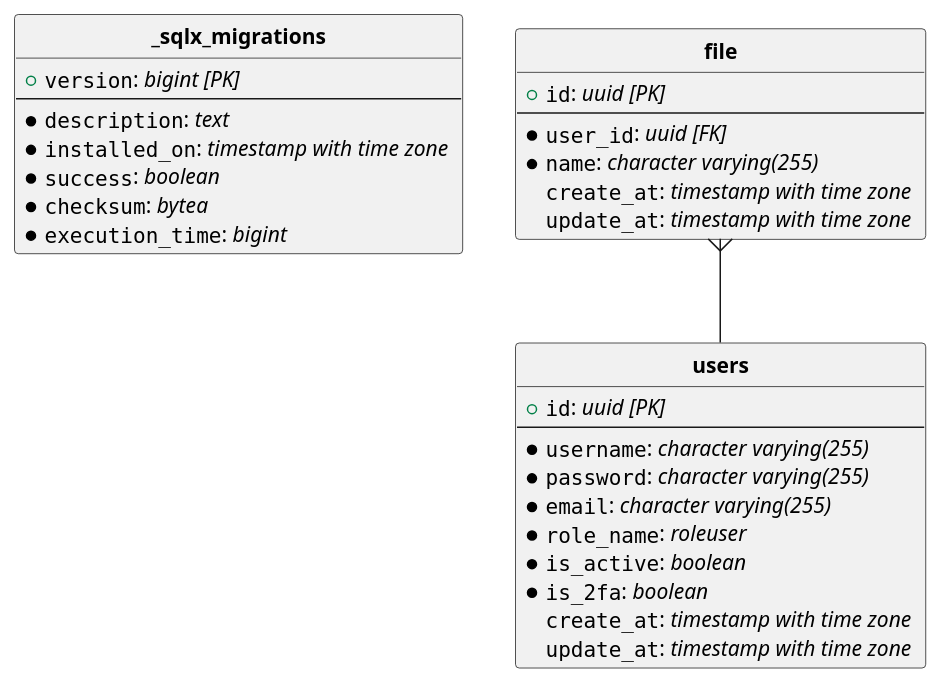
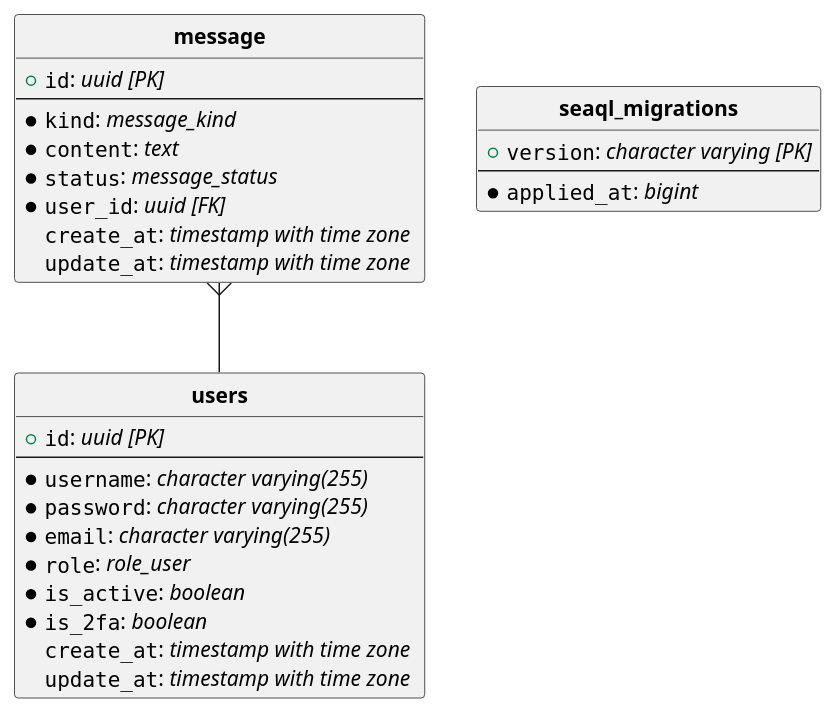
The diagram in docs/schema.puml (robatipoor/rustfulapi), drawn with PlantUML before and after one commit. The commit also changed 1 other file, not shown here.

```diff
--- a/docs/schema.puml
+++ b/docs/schema.puml
@@ -1,38 +1,36 @@
 @startuml
 hide circle
 skinparam linetype ortho
 
-entity "**_sqlx_migrations**" {
-  + ""version"": //bigint [PK]//
+entity "**message**" {
+  + ""id"": //uuid [PK]//
   --
-  *""description"": //text //
-  *""installed_on"": //timestamp with time zone //
-  *""success"": //boolean //
-  *""checksum"": //bytea //
-  *""execution_time"": //bigint //
+  *""kind"": //message_kind //
+  *""content"": //text //
+  *""status"": //message_status //
+  *""user_id"": //uuid [FK]//
+  ""create_at"": //timestamp with time zone //
+  ""update_at"": //timestamp with time zone //
 }
 
-entity "**file**" {
-  + ""id"": //uuid [PK]//
+entity "**seaql_migrations**" {
+  + ""version"": //character varying [PK]//
   --
-  *""user_id"": //uuid [FK]//
-  *""name"": //character varying(255) //
-  ""create_at"": //timestamp with time zone //
-  ""update_at"": //timestamp with time zone //
+  *""applied_at"": //bigint //
 }
 
 entity "**users**" {
   + ""id"": //uuid [PK]//
   --
   *""username"": //character varying(255) //
   *""password"": //character varying(255) //
   *""email"": //character varying(255) //
-  *""role_name"": //roleuser //
+  *""role"": //role_user //
   *""is_active"": //boolean //
   *""is_2fa"": //boolean //
   ""create_at"": //timestamp with time zone //
   ""update_at"": //timestamp with time zone //
 }
 
-"**file**"   }--  "**users**"
+"**message**"   }--  "**users**"
 @enduml
```
